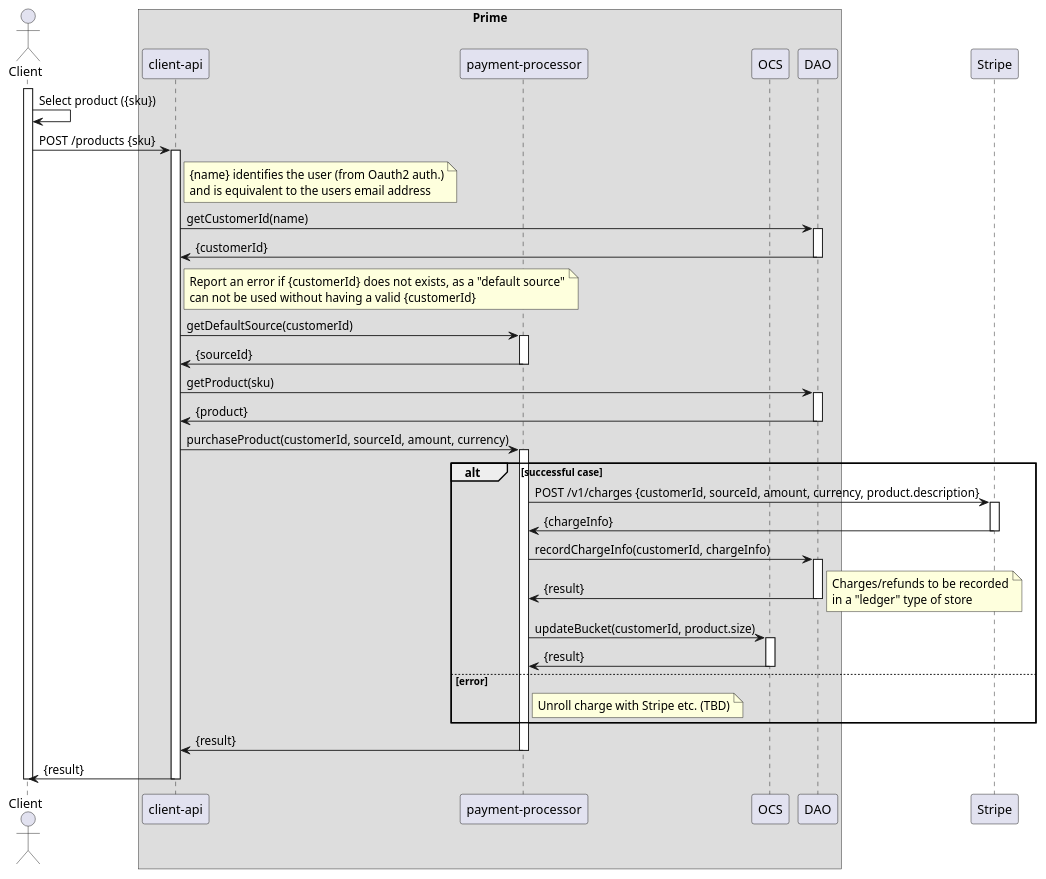
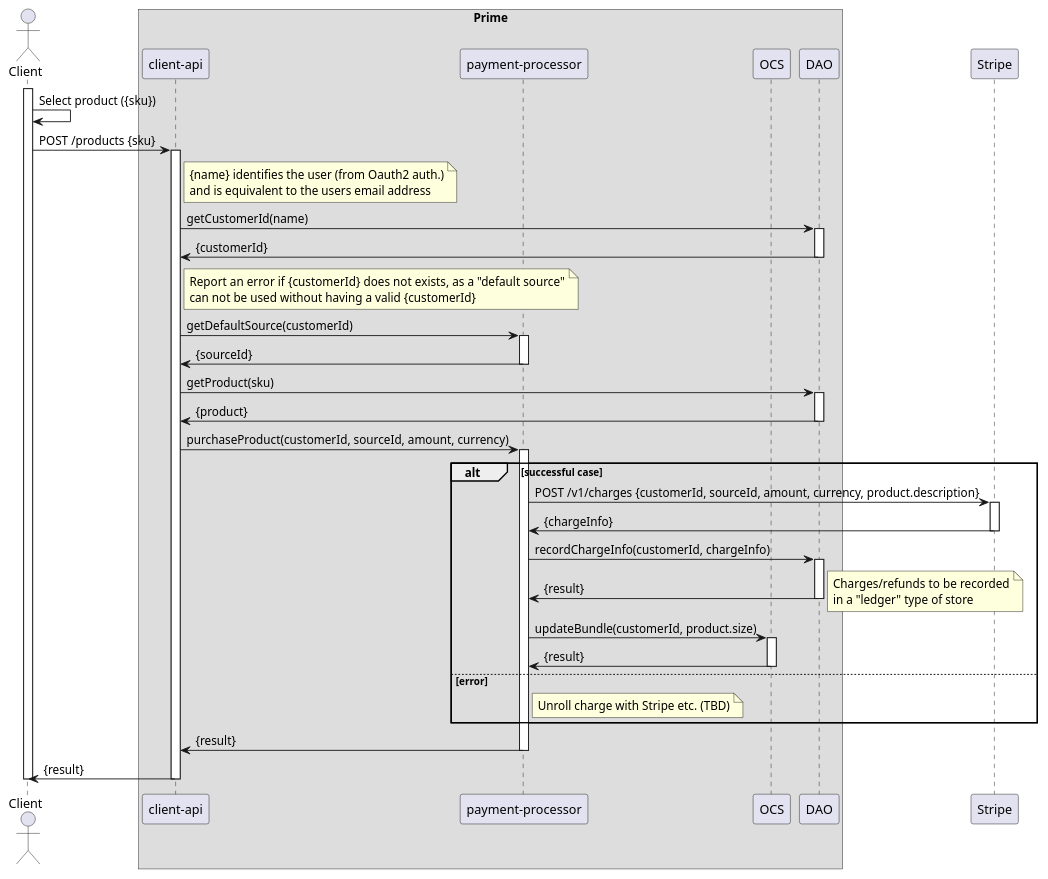
The diagram in payment-processor/doc/puml/purchase-with-default-source.puml (ostelco/ostelco-core), drawn with PlantUML before and after one commit. The commit also changed 1 other file, not shown here.

```diff
--- a/payment-processor/doc/puml/purchase-with-default-source.puml
+++ b/payment-processor/doc/puml/purchase-with-default-source.puml
@@ -1,81 +1,81 @@
 @startuml
 
 actor Client
 participant Client
 
 box "Prime"
     participant "client-api"
     participant "payment-processor"
     participant OCS
     participant DAO
 end box
 participant Stripe
 
 activate Client
 
     Client -> Client : Select product ({sku})
 
     Client -> "client-api": POST /products {sku}
     activate "client-api"
     note right of "client-api"
        {name} identifies the user (from Oauth2 auth.)
        and is equivalent to the users email address
     end note
 
     "client-api" -> DAO : getCustomerId(name)
     activate DAO
     DAO -> "client-api" : {customerId}
     deactivate DAO
 
     note right of "client-api"
         Report an error if {customerId} does not exists, as a "default source"
         can not be used without having a valid {customerId}
     end note
 
     "client-api" -> "payment-processor" : getDefaultSource(customerId)
     activate "payment-processor"
     "payment-processor" -> "client-api" : {sourceId}
     deactivate "payment-processor"
 
     "client-api" -> DAO : getProduct(sku)
     activate DAO
     DAO -> "client-api" : {product}
     deactivate DAO
 
     "client-api" -> "payment-processor" : purchaseProduct(customerId, sourceId, amount, currency)
     activate "payment-processor"
 
     alt successful case
         "payment-processor" -> Stripe : POST /v1/charges {customerId, sourceId, amount, currency, product.description}
         activate Stripe
         Stripe -> "payment-processor" : {chargeInfo}
         deactivate Stripe
 
         "payment-processor" -> DAO: recordChargeInfo(customerId, chargeInfo)
         activate DAO
         DAO -> "payment-processor" : {result}
         deactivate DAO
         note right
           Charges/refunds to be recorded
           in a "ledger" type of store
         end note
 
-        "payment-processor" -> OCS : updateBucket(customerId, product.size)
+        "payment-processor" -> OCS : updateBundle(customerId, product.size)
         activate OCS
         OCS -> "payment-processor" : {result}
         deactivate OCS
 
     else error
          note right of "payment-processor" : Unroll charge with Stripe etc. (TBD)
 
     end
 
     "payment-processor" -> "client-api" : {result}
     deactivate "payment-processor"
 
     "client-api" -> Client : {result}
     deactivate "client-api"
 
 deactivate Client
 
 @enduml
```
